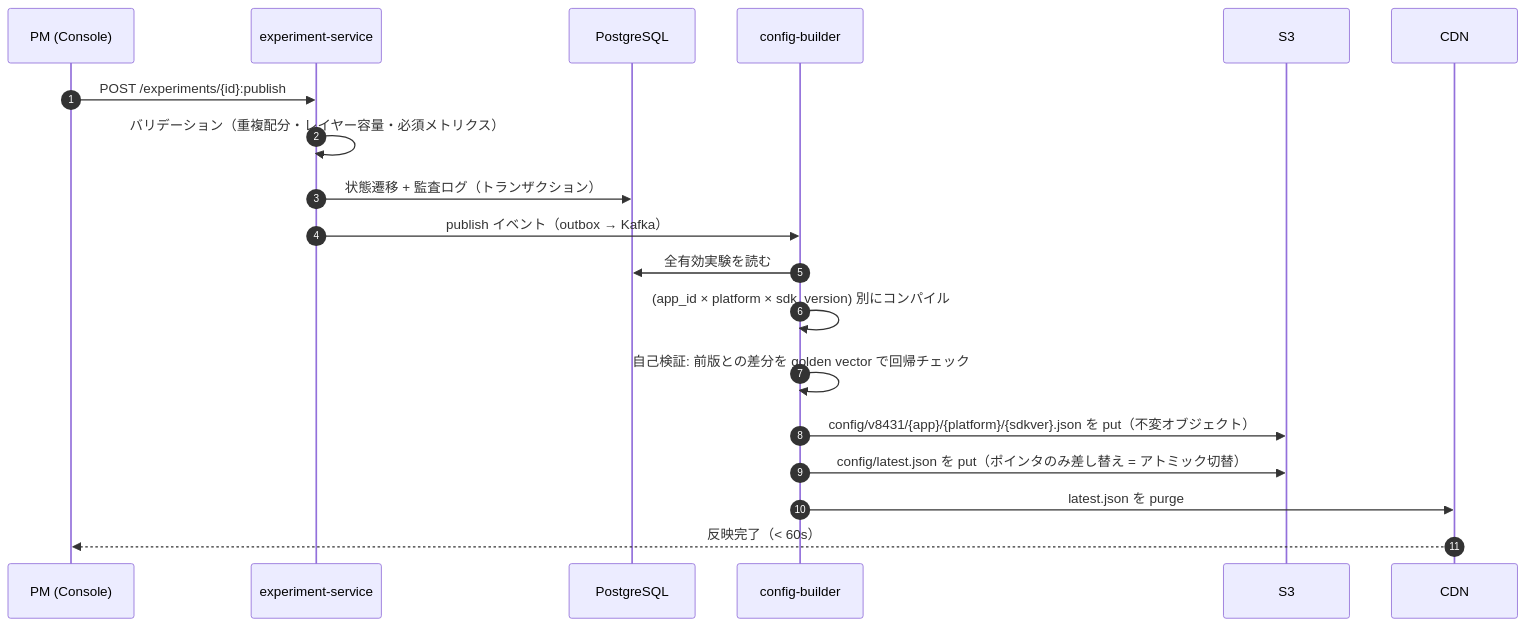
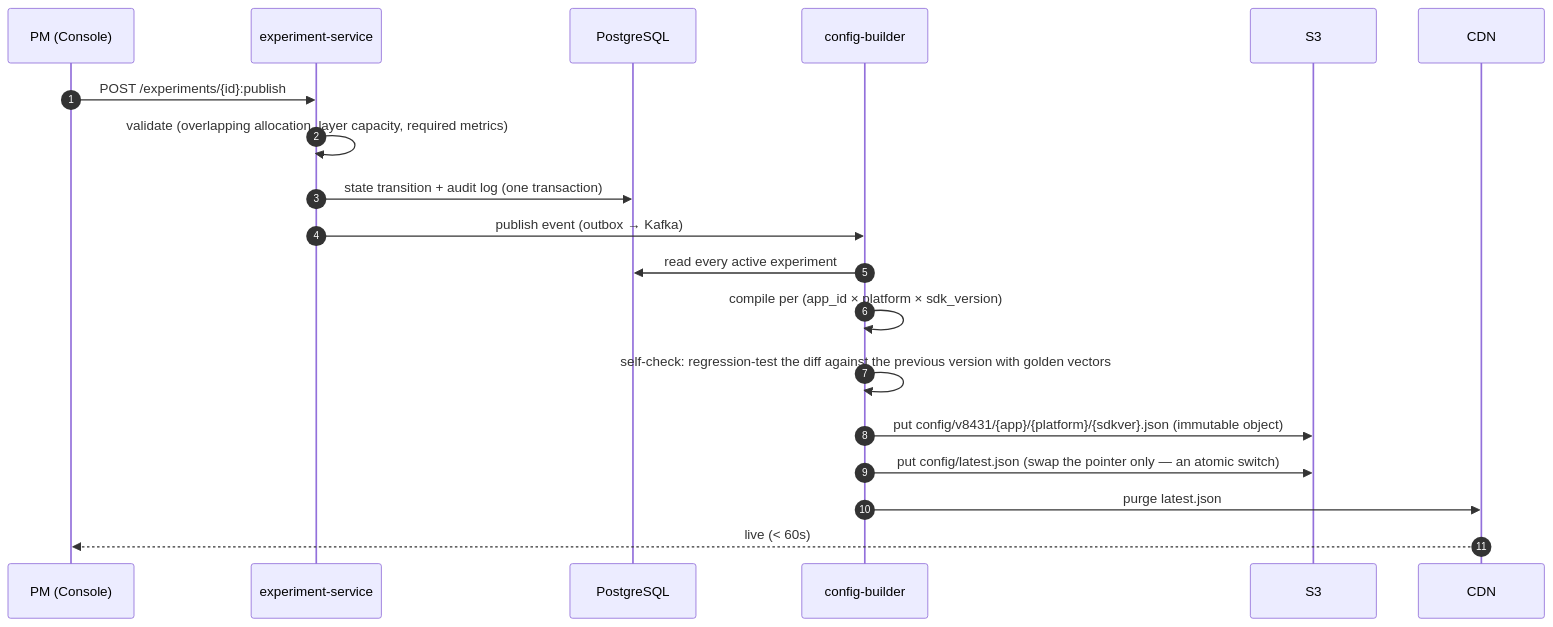
Before and after one commit to 0x0c/bakuchi: the third of 5 diagrams in docs/02-architecture.md, drawn with Mermaid. The commit also changed other lines of this file and 37 other files, not shown here.

````diff
--- a/docs/02-architecture.md
+++ b/docs/02-architecture.md
@@ -131,22 +140,22 @@
 ```mermaid
 sequenceDiagram
     autonumber
     participant PM as PM (Console)
     participant EXP as experiment-service
     participant PG as PostgreSQL
     participant BLD as config-builder
     participant S3
     participant CDN
 
     PM->>EXP: POST /experiments/{id}:publish
-    EXP->>EXP: バリデーション（重複配分・レイヤー容量・必須メトリクス）
-    EXP->>PG: 状態遷移 + 監査ログ（トランザクション）
-    EXP->>BLD: publish イベント（outbox → Kafka）
-    BLD->>PG: 全有効実験を読む
-    BLD->>BLD: (app_id × platform × sdk_version) 別にコンパイル
-    BLD->>BLD: 自己検証: 前版との差分を golden vector で回帰チェック
-    BLD->>S3: config/v8431/{app}/{platform}/{sdkver}.json を put（不変オブジェクト）
-    BLD->>S3: config/latest.json を put（ポインタのみ差し替え = アトミック切替）
-    BLD->>CDN: latest.json を purge
-    CDN-->>PM: 反映完了（< 60s）
+    EXP->>EXP: validate (overlapping allocation, layer capacity, required metrics)
+    EXP->>PG: state transition + audit log (one transaction)
+    EXP->>BLD: publish event (outbox → Kafka)
+    BLD->>PG: read every active experiment
+    BLD->>BLD: compile per (app_id × platform × sdk_version)
+    BLD->>BLD: self-check: regression-test the diff against the previous version with golden vectors
+    BLD->>S3: put config/v8431/{app}/{platform}/{sdkver}.json (immutable object)
+    BLD->>S3: put config/latest.json (swap the pointer only — an atomic switch)
+    BLD->>CDN: purge latest.json
+    CDN-->>PM: live (< 60s)
 ```
````
